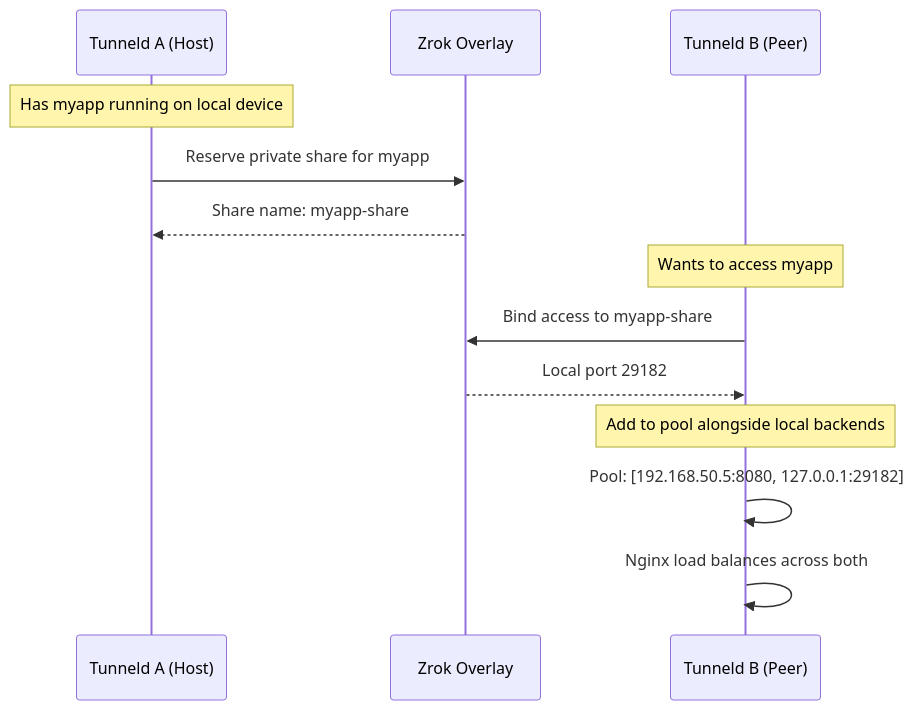
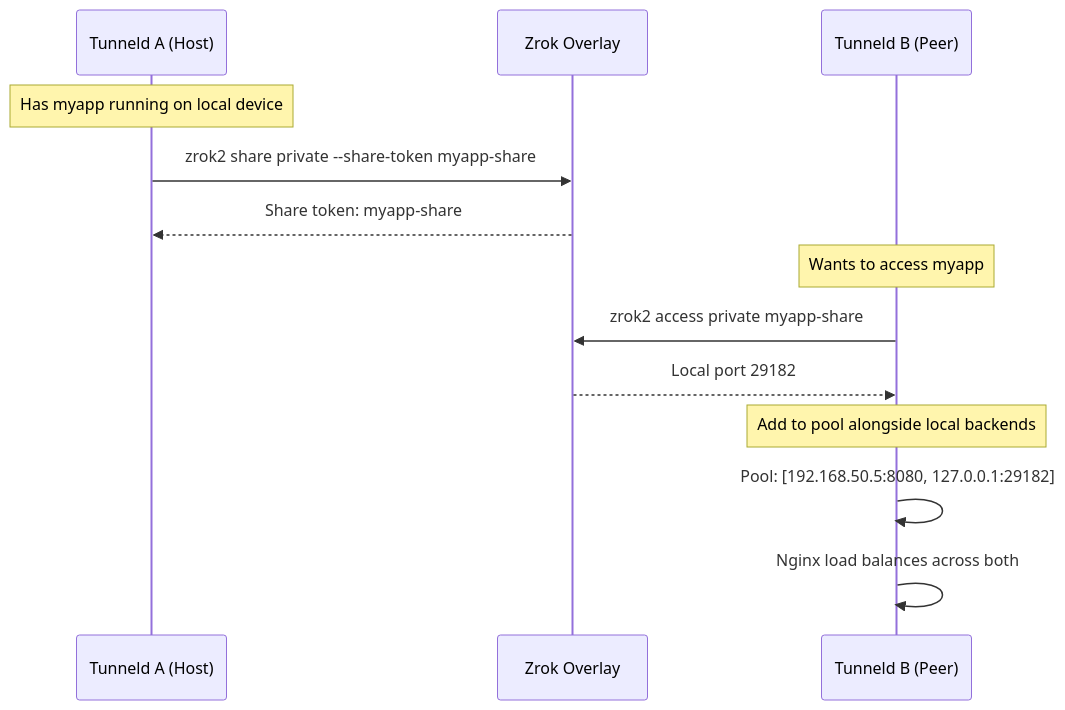
One commit to toreanjoel/tunneld changed the second of 2 diagrams in docs/distributed-load-balancing.md. Above: the diagram before and after it, drawn with Mermaid. The commit also changed 7 other files, not shown here.

````diff
--- a/docs/distributed-load-balancing.md
+++ b/docs/distributed-load-balancing.md
@@ -53,18 +53,18 @@
 ```mermaid
 sequenceDiagram
     participant A as Tunneld A (Host)
     participant Z as Zrok Overlay
     participant B as Tunneld B (Peer)
 
     Note over A: Has myapp running on local device
-    A->>Z: Reserve private share for myapp
-    Z-->>A: Share name: myapp-share
+    A->>Z: zrok2 share private --share-token myapp-share
+    Z-->>A: Share token: myapp-share
 
     Note over B: Wants to access myapp
-    B->>Z: Bind access to myapp-share
+    B->>Z: zrok2 access private myapp-share
     Z-->>B: Local port 29182
 
     Note over B: Add to pool alongside local backends
     B->>B: Pool: [192.168.50.5:8080, 127.0.0.1:29182]
     B->>B: Nginx load balances across both
 ```
````
